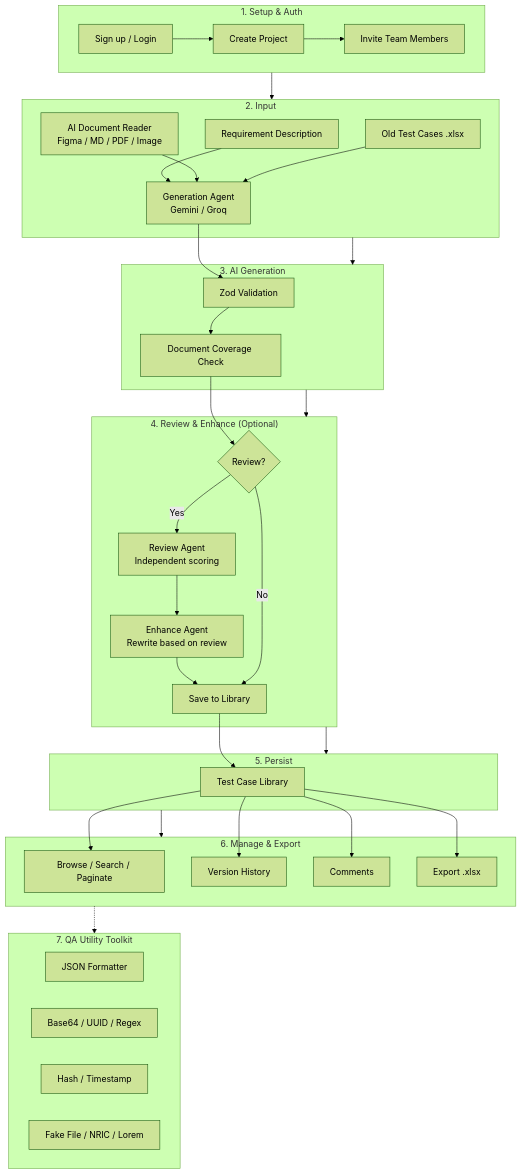
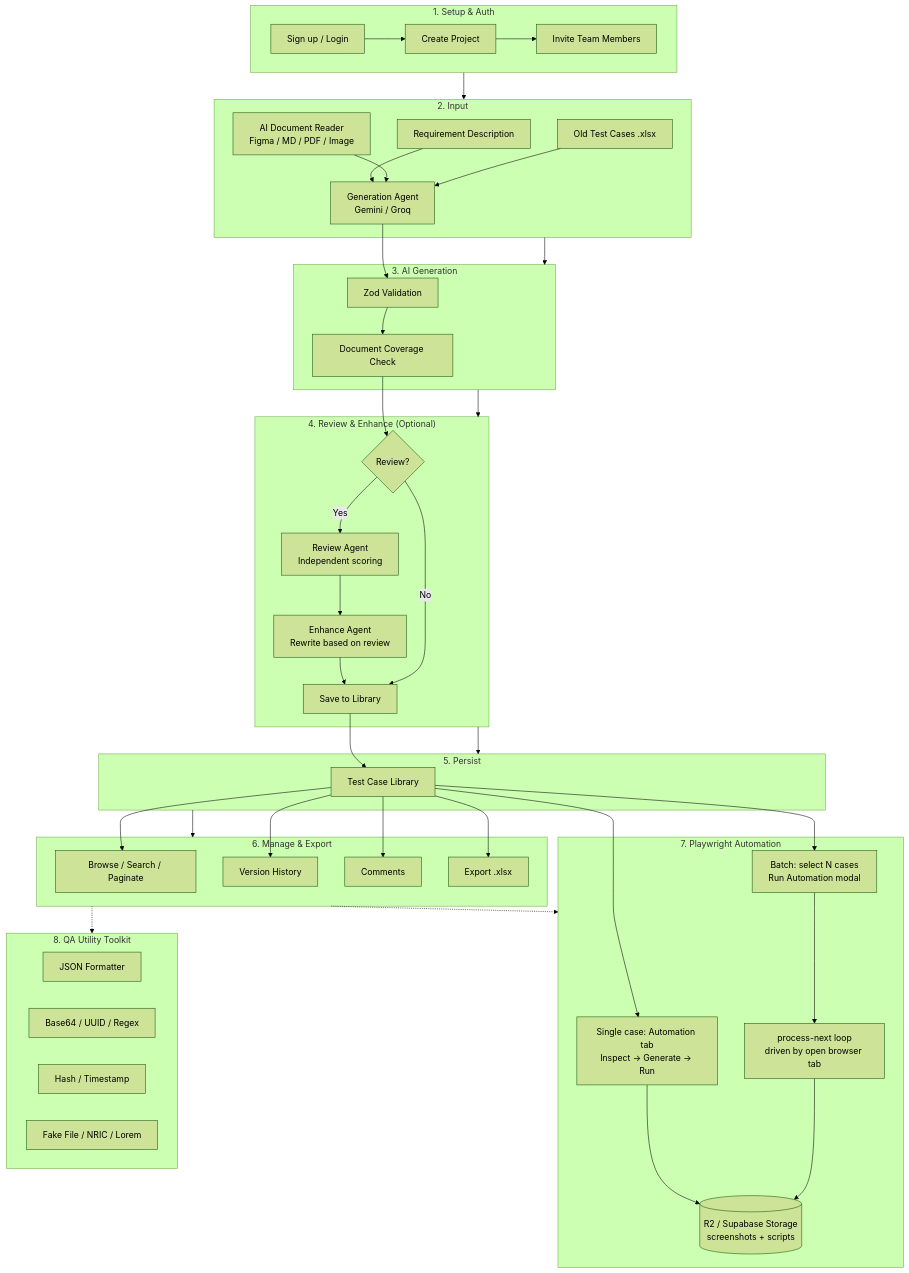
Before and after one commit to AnhTan1420/QA-AI-Tool: the diagram in README.md, drawn with Mermaid (forest theme). The commit also changed other lines of this file and 28 other files, not shown here.

````diff
--- a/README.md
+++ b/README.md
@@ -37,51 +39,60 @@
 ```mermaid
 flowchart TD
     subgraph Setup["1. Setup & Auth"]
         A1[Sign up / Login] --> A2[Create Project]
         A2 --> A3[Invite Team Members]
     end
 
     subgraph Input["2. Input"]
         B1[Requirement Description] --> C1
         B2[AI Document Reader<br/>Figma / MD / PDF / Image] --> C1
         B3[Old Test Cases .xlsx] --> C1
     end
 
     subgraph Generate["3. AI Generation"]
         C1[Generation Agent<br/>Gemini / Groq] --> C2[Zod Validation]
         C2 --> C3[Document Coverage Check]
     end
 
     subgraph Review["4. Review & Enhance (Optional)"]
         C3 --> D1{Review?}
         D1 -->|Yes| D2[Review Agent<br/>Independent scoring]
         D2 --> D3[Enhance Agent<br/>Rewrite based on review]
         D3 --> E1
         D1 -->|No| E1
     end
 
     subgraph Save["5. Persist"]
         E1[Save to Library] --> E2[Test Case Library]
     end
 
     subgraph Manage["6. Manage & Export"]
         E2 --> F1[Browse / Search / Paginate]
         E2 --> F2[Version History]
         E2 --> F3[Comments]
         E2 --> F4[Export .xlsx]
     end
 
-    subgraph Toolkit["7. QA Utility Toolkit"]
+    subgraph Automate["7. Playwright Automation"]
+        E2 --> H1[Single case: Automation tab<br/>Inspect → Generate → Run]
+        E2 --> H2[Batch: select N cases<br/>Run Automation modal]
+        H2 --> H3[process-next loop<br/>driven by open browser tab]
+        H1 --> H4[(R2 / Supabase Storage<br/>screenshots + scripts)]
+        H3 --> H4
+    end
+
+    subgraph Toolkit["8. QA Utility Toolkit"]
         G1[JSON Formatter]
         G2[Base64 / UUID / Regex]
         G3[Hash / Timestamp]
         G4[Fake File / NRIC / Lorem]
     end
 
     Setup --> Input
     Input --> Generate
     Generate --> Review
     Review --> Save
     Save --> Manage
+    Manage -.-> Automate
     Manage -.-> Toolkit
 ```
````
